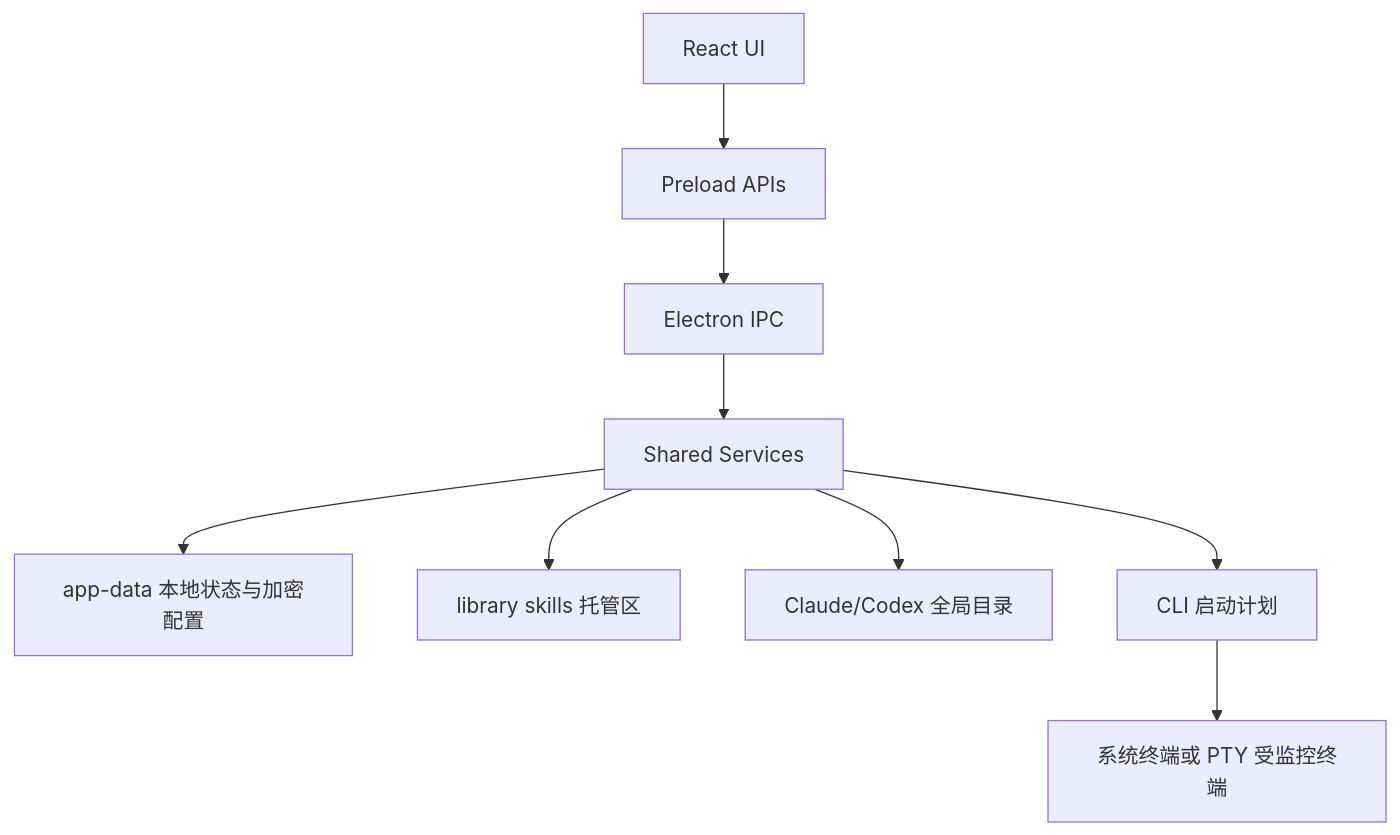
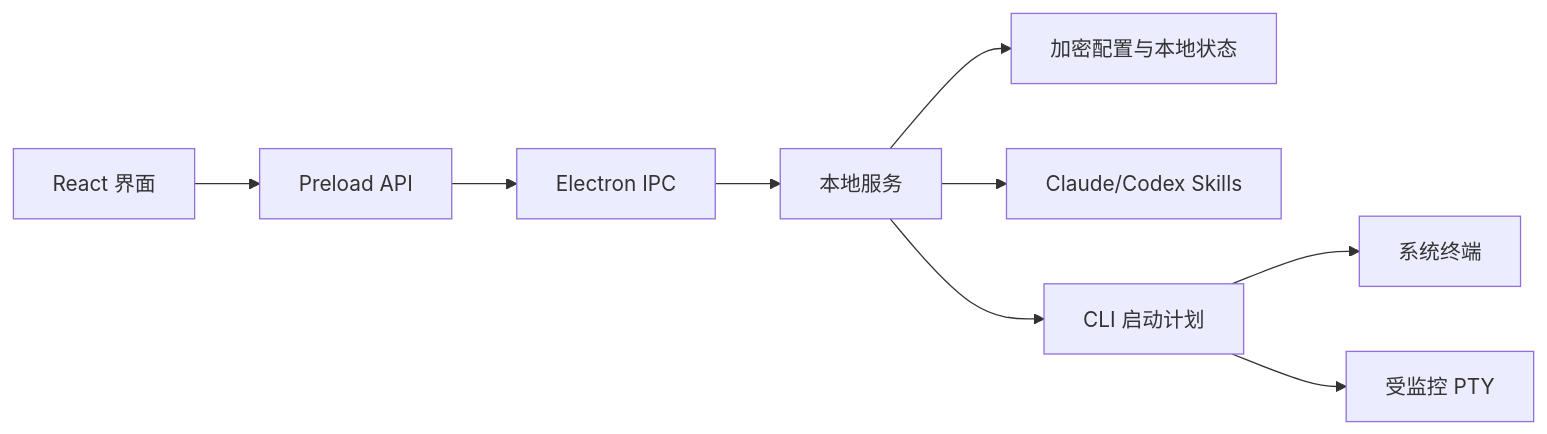
The diagram in README.md (tmdy/CodeDeck), drawn with Mermaid before and after one commit. The commit also changed other lines of this file and 20 other files, not shown here.

````diff
--- a/README.md
+++ b/README.md
@@ -192,11 +113,11 @@
 ```mermaid
-flowchart TD
-    A[React UI] --> B[Preload APIs]
-    B --> C[Electron IPC]
-    C --> D[Shared Services]
-    D --> E[app-data 本地状态与加密配置]
-    D --> F[library skills 托管区]
-    D --> G[Claude/Codex 全局目录]
-    D --> H[CLI 启动计划]
-    H --> I[系统终端或 PTY 受监控终端]
+flowchart LR
+    UI[React 界面] --> PRELOAD[Preload API]
+    PRELOAD --> IPC[Electron IPC]
+    IPC --> SERVICES[本地服务]
+    SERVICES --> STATE[加密配置与本地状态]
+    SERVICES --> SKILLS[Claude/Codex Skills]
+    SERVICES --> PLAN[CLI 启动计划]
+    PLAN --> DIRECT[系统终端]
+    PLAN --> PTY[受监控 PTY]
 ```
````
